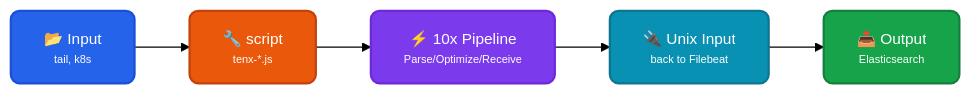
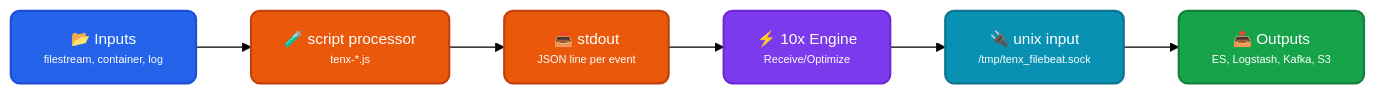
One commit to log-10x/modules changed the diagram in pipelines/run/modules/input/forwarder/filebeat/doc.md. Above: the diagram before and after it, drawn with Mermaid (forest theme). The commit also changed other lines of this file and 23 other files, not shown here.

````diff
--- a/pipelines/run/modules/input/forwarder/filebeat/doc.md
+++ b/pipelines/run/modules/input/forwarder/filebeat/doc.md
@@ -11,19 +11,21 @@
 ```mermaid
 graph LR
-    A["<div style='font-size: 14px;'>📂 Input</div><div style='font-size: 10px;'>tail, k8s</div>"] --> B["<div style='font-size: 14px;'>🔧 script</div><div style='font-size: 10px;'>tenx-*.js</div>"]
-    B --> C["<div style='font-size: 14px;'>⚡ 10x Pipeline</div><div style='font-size: 10px;'>Parse/Optimize/Receive</div>"]
-    C --> D["<div style='font-size: 14px;'>🔌 Unix Input</div><div style='font-size: 10px;'>back to Filebeat</div>"]
-    D --> E["<div style='font-size: 14px;'>📤 Output</div><div style='font-size: 10px;'>Elasticsearch</div>"]
+    A["<div style='font-size: 14px;'>📂 Inputs</div><div style='font-size: 10px;'>filestream, container, log</div>"] --> F["<div style='font-size: 14px;'>🧪 script processor</div><div style='font-size: 10px;'>tenx-*.js</div>"]
+    F --> B["<div style='font-size: 14px;'>📤 stdout</div><div style='font-size: 10px;'>JSON line per event</div>"]
+    B --> E["<div style='font-size: 14px;'>⚡ 10x Engine</div><div style='font-size: 10px;'>Receive/Optimize</div>"]
+    E --> C["<div style='font-size: 14px;'>🔌 unix input</div><div style='font-size: 10px;'>/tmp/tenx_filebeat.sock</div>"]
+    C --> D["<div style='font-size: 14px;'>📤 Outputs</div><div style='font-size: 10px;'>ES, Logstash, Kafka, S3</div>"]
 
     classDef input fill:#2563eb,stroke:#1d4ed8,color:#ffffff,stroke-width:2px,rx:8,ry:8
-    classDef script fill:#ea580c,stroke:#c2410c,color:#ffffff,stroke-width:2px,rx:8,ry:8
+    classDef filter fill:#ea580c,stroke:#c2410c,color:#ffffff,stroke-width:2px,rx:8,ry:8
     classDef engine fill:#7c3aed,stroke:#6d28d9,color:#ffffff,stroke-width:2px,rx:8,ry:8
     classDef socket fill:#0891b2,stroke:#0e7490,color:#ffffff,stroke-width:2px,rx:8,ry:8
     classDef output fill:#16a34a,stroke:#15803d,color:#ffffff,stroke-width:2px,rx:8,ry:8
 
     class A input
-    class B script
-    class C engine
-    class D socket
-    class E output
+    class B filter
+    class C socket
+    class D output
+    class E engine
+    class F filter
 ```
````
